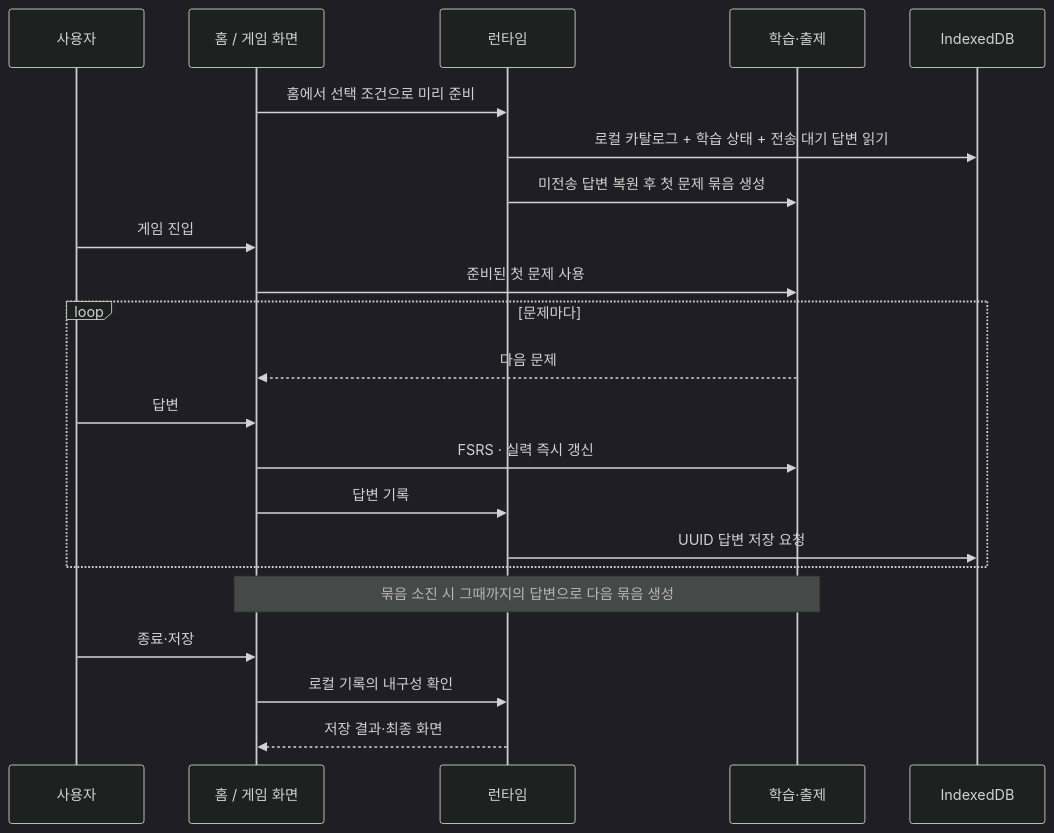
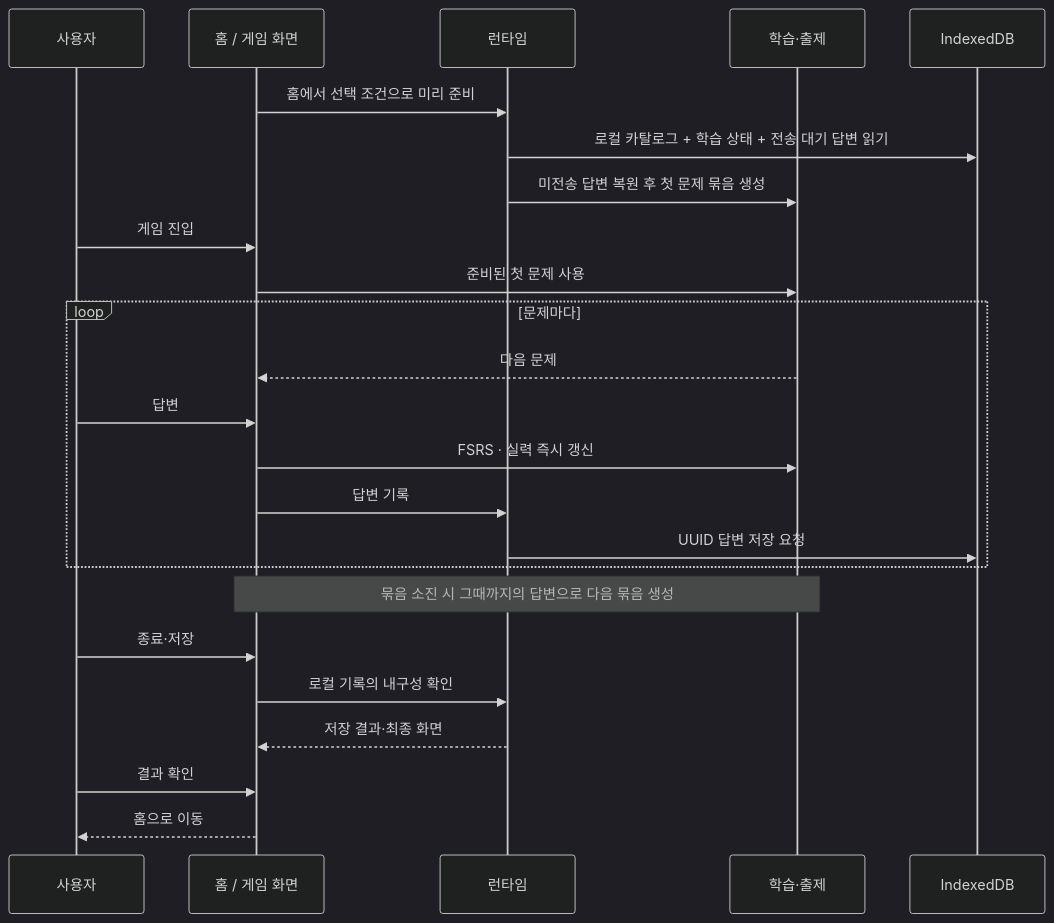
The diagram in docs/GAME_LIFECYCLE.md (leedevjp/Sokudoku), drawn with Mermaid (dark theme) before and after one commit. The commit also changed other lines of this file and 3 other files, not shown here.

First line of the commit message:
docs: align four architecture guides with current behavior (#81)

````diff
--- a/docs/GAME_LIFECYCLE.md
+++ b/docs/GAME_LIFECYCLE.md
@@ -9,25 +9,27 @@
 ```mermaid
 sequenceDiagram
     participant U as 사용자
     participant H as 홈 / 게임 화면
     participant R as 런타임
     participant P as 학습·출제
     participant D as IndexedDB
 
     H->>R: 홈에서 선택 조건으로 미리 준비
     R->>D: 로컬 카탈로그 + 학습 상태 + 전송 대기 답변 읽기
     R->>P: 미전송 답변 복원 후 첫 문제 묶음 생성
     U->>H: 게임 진입
     H->>P: 준비된 첫 문제 사용
     loop 문제마다
         P-->>H: 다음 문제
         U->>H: 답변
         H->>P: FSRS · 실력 즉시 갱신
         H->>R: 답변 기록
         R->>D: UUID 답변 저장 요청
     end
     Note over H,P: 묶음 소진 시 그때까지의 답변으로 다음 묶음 생성
     U->>H: 종료·저장
     H->>R: 로컬 기록의 내구성 확인
     R-->>H: 저장 결과·최종 화면
+    U->>H: 결과 확인
+    H-->>U: 홈으로 이동
 ```
````
